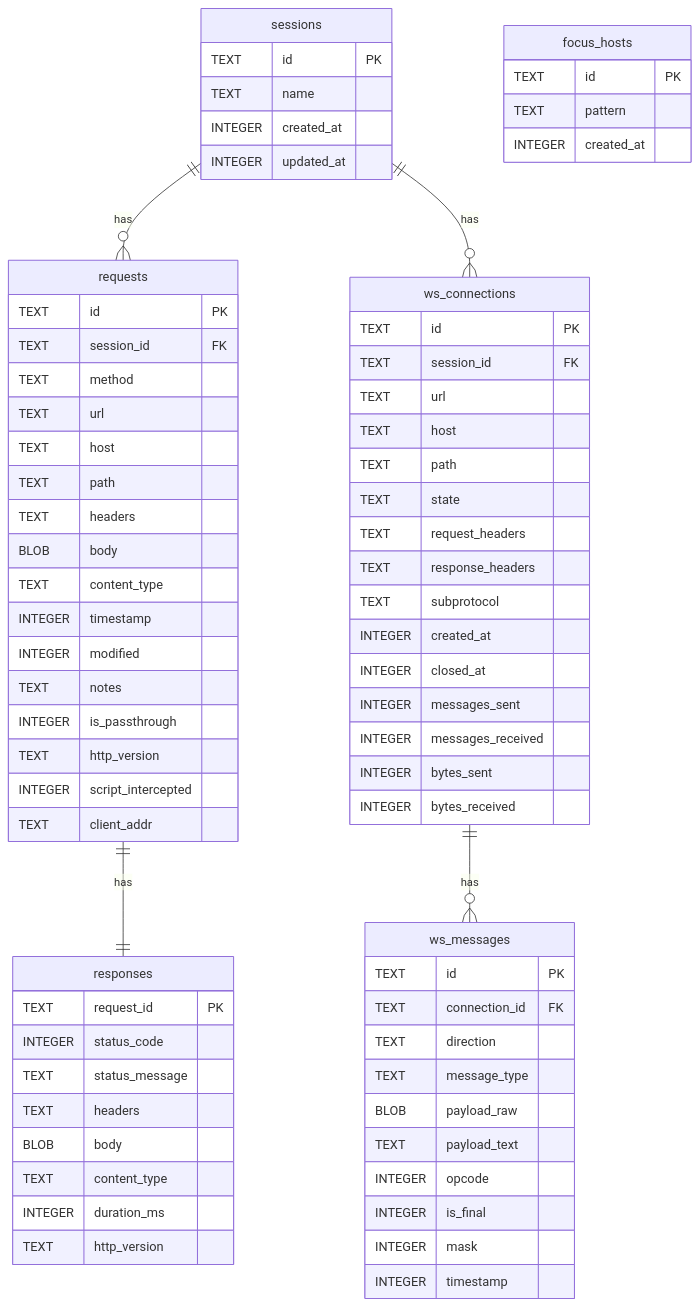
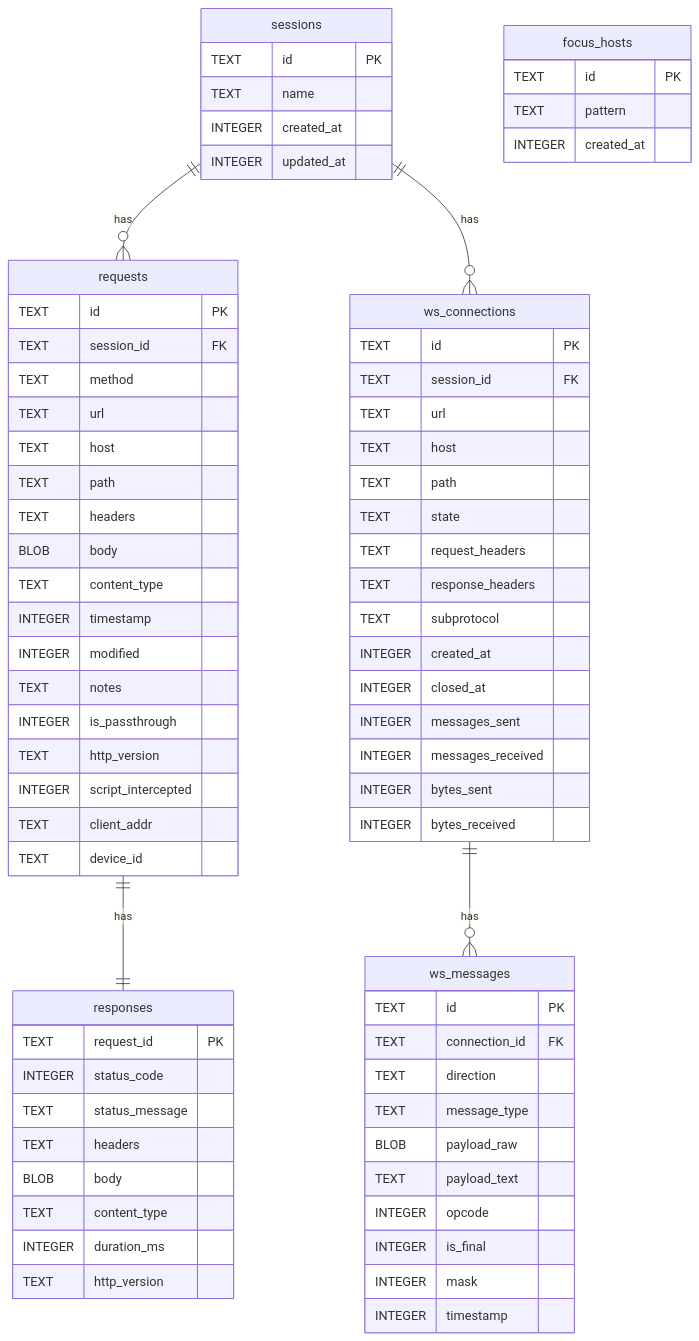
The second of 3 diagrams in docs/PERSISTENCE.md (ShristiLabs/madhyamas), drawn with Mermaid before and after one commit. The commit also changed other lines of this file and 28 other files, not shown here.

````diff
--- a/docs/PERSISTENCE.md
+++ b/docs/PERSISTENCE.md
@@ -35,76 +35,77 @@
 ```mermaid
 erDiagram
     sessions ||--o{ requests : has
     sessions ||--o{ ws_connections : has
     requests ||--|| responses : has
     ws_connections ||--o{ ws_messages : has
 
     sessions {
         TEXT id PK
         TEXT name
         INTEGER created_at
         INTEGER updated_at
     }
     requests {
         TEXT id PK
         TEXT session_id FK
         TEXT method
         TEXT url
         TEXT host
         TEXT path
         TEXT headers
         BLOB body
         TEXT content_type
         INTEGER timestamp
         INTEGER modified
         TEXT notes
         INTEGER is_passthrough
         TEXT http_version
         INTEGER script_intercepted
         TEXT client_addr
+        TEXT device_id
     }
     responses {
         TEXT request_id PK
         INTEGER status_code
         TEXT status_message
         TEXT headers
         BLOB body
         TEXT content_type
         INTEGER duration_ms
         TEXT http_version
     }
     ws_connections {
         TEXT id PK
         TEXT session_id FK
         TEXT url
         TEXT host
         TEXT path
         TEXT state
         TEXT request_headers
         TEXT response_headers
         TEXT subprotocol
         INTEGER created_at
         INTEGER closed_at
         INTEGER messages_sent
         INTEGER messages_received
         INTEGER bytes_sent
         INTEGER bytes_received
     }
     ws_messages {
         TEXT id PK
         TEXT connection_id FK
         TEXT direction
         TEXT message_type
         BLOB payload_raw
         TEXT payload_text
         INTEGER opcode
         INTEGER is_final
         INTEGER mask
         INTEGER timestamp
     }
     focus_hosts {
         TEXT id PK
         TEXT pattern
         INTEGER created_at
     }
 ```
````
